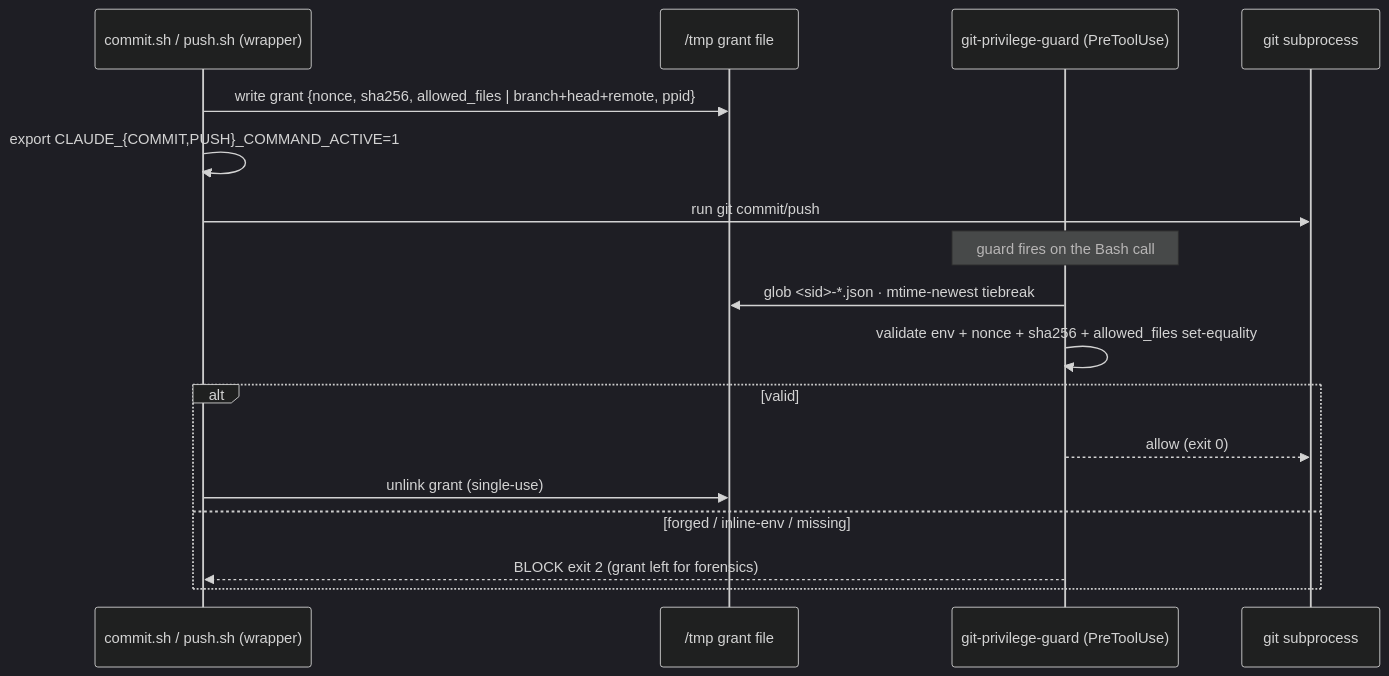
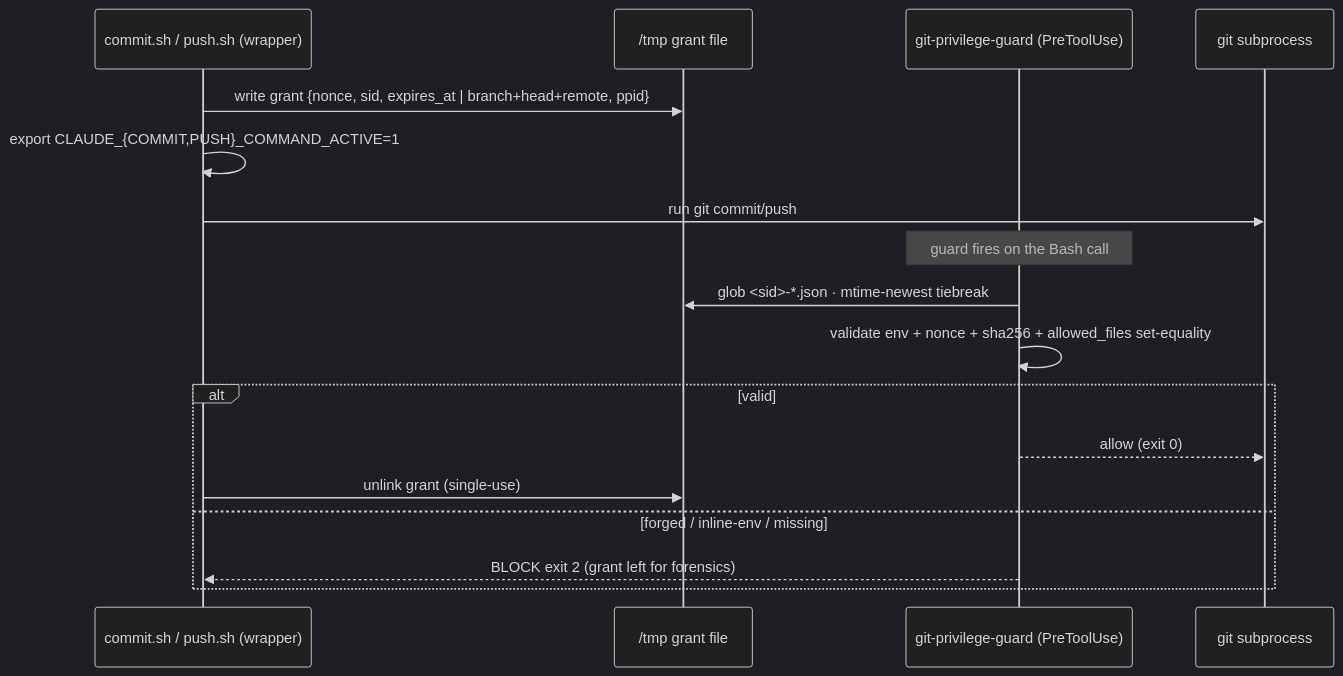
The third of 5 diagrams in ARCHITECTURE.md (Yugoge/awesome-claude-harness), drawn with Mermaid (dark theme) before and after one commit. The commit also changed 1 other file, not shown here.

Commit message:
checkpoint: Auto-save at 2026-06-18 20:17:13
Trigger: posttool threshold (144 files, threshold=10)
Ref: refs/checkpoints/master
Files: 2

This commit is a snapshot written to refs/checkpoints/* by
~/.claude/hooks/lib/checkpoint-core.sh. It is NOT on any branch HEAD.

🤖 Generated with [Claude Code](https://claude.com/claude-code)
via [Happy](https://happy.engineering)

````diff
--- a/ARCHITECTURE.md
+++ b/ARCHITECTURE.md
@@ -217,20 +217,20 @@
 ```mermaid
 sequenceDiagram
     participant W as commit.sh / push.sh (wrapper)
     participant FS as /tmp grant file
     participant G as git-privilege-guard (PreToolUse)
     participant Git as git subprocess
 
-    W->>FS: write grant {nonce, sha256, allowed_files | branch+head+remote, ppid}
+    W->>FS: write grant {nonce, sid, expires_at | branch+head+remote, ppid}
     W->>W: export CLAUDE_{COMMIT,PUSH}_COMMAND_ACTIVE=1
     W->>Git: run git commit/push
     Note over G: guard fires on the Bash call
     G->>FS: glob <sid>-*.json · mtime-newest tiebreak
     G->>G: validate env + nonce + sha256 + allowed_files set-equality
     alt valid
         G-->>Git: allow (exit 0)
         W->>FS: unlink grant (single-use)
     else forged / inline-env / missing
         G-->>W: BLOCK exit 2 (grant left for forensics)
     end
 ```
````
